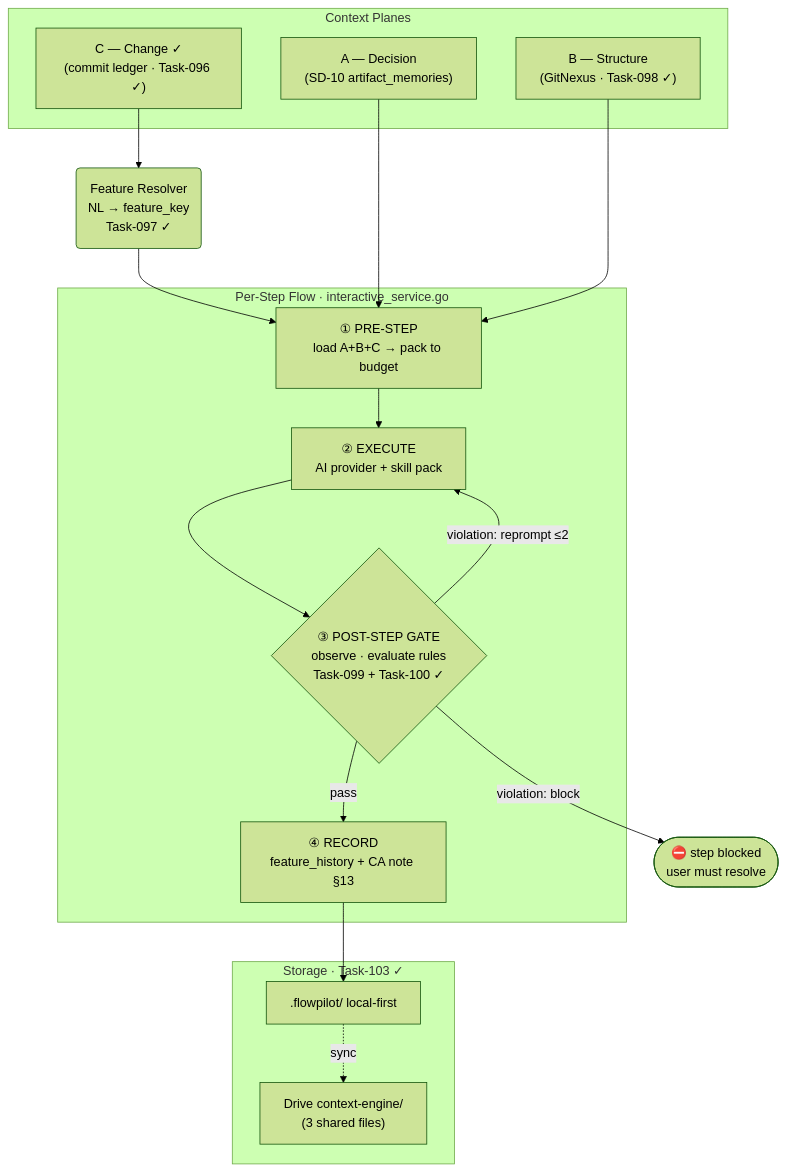
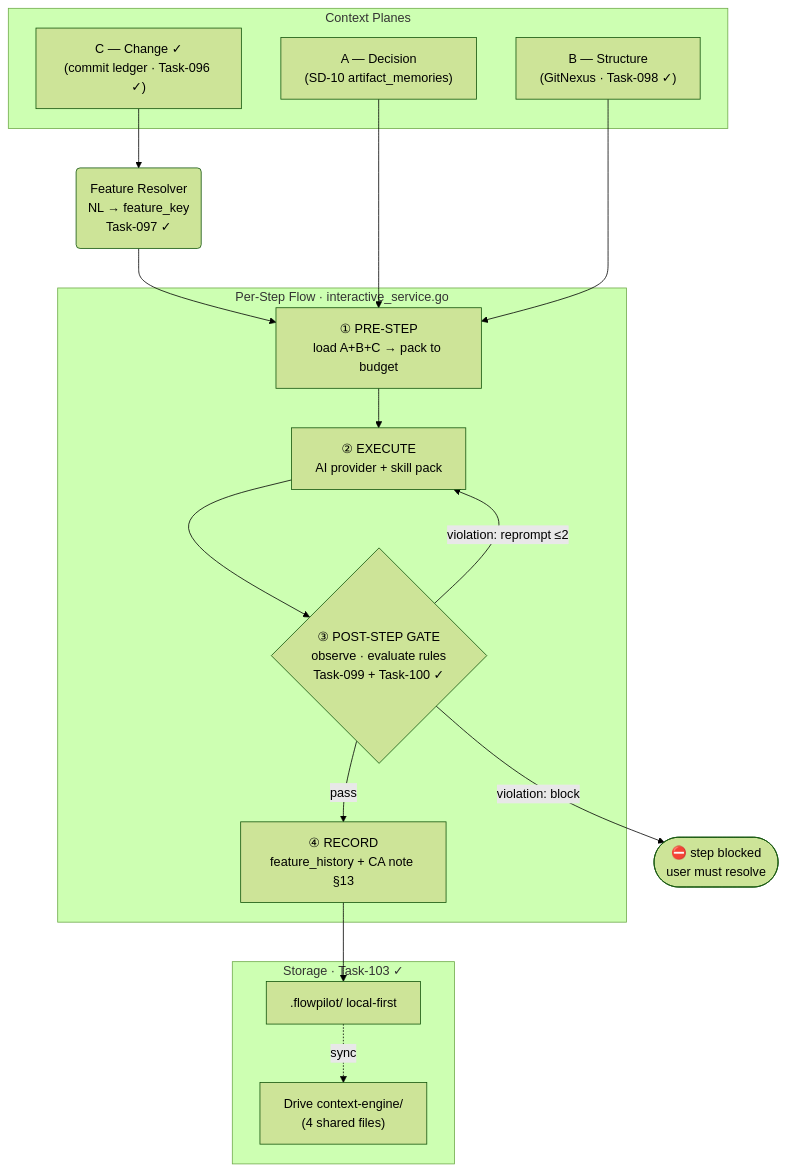
One commit to dattien96/flowpilot changed the diagram in requirements/06-System-Tech-Design/SD-17-Context-And-Regression-Engine.md. Above: the diagram before and after it, drawn with Mermaid (forest theme). The commit also changed other lines of this file and 7 other files, not shown here.

Commit message:
[Docs][context-regression-engine][docs] CP-37 plan, SD/CA updates, task docs Task-157 Task-161 Task-163

````diff
--- a/requirements/06-System-Tech-Design/SD-17-Context-And-Regression-Engine.md
+++ b/requirements/06-System-Tech-Design/SD-17-Context-And-Regression-Engine.md
@@ -162,37 +164,37 @@
 ```mermaid
 graph TD
     subgraph PLANES["Context Planes"]
         PA["A — Decision\n(SD-10 artifact_memories)"]
         PB["B — Structure\n(GitNexus · Task-098 ✓)"]
         PC["C — Change ✓\n(commit ledger · Task-096 ✓)"]
     end
 
     FR("Feature Resolver\nNL → feature_key\nTask-097 ✓")
 
     subgraph FLOW["Per-Step Flow  ·  interactive_service.go"]
         PRE["① PRE-STEP\nload A+B+C → pack to budget"]
         AI["② EXECUTE\nAI provider + skill pack"]
         GATE{"③ POST-STEP GATE\nobserve · evaluate rules\nTask-099 + Task-100 ✓"}
         REC["④ RECORD\nfeature_history + CA note §13"]
     end
 
     STOP(["⛔ step blocked\nuser must resolve"])
 
     PC --> FR
     FR --> PRE
     PA --> PRE
     PB --> PRE
     PRE --> AI
     AI --> GATE
     GATE -- "violation: reprompt ≤2" --> AI
     GATE -- "pass" --> REC
     GATE -- "violation: block" --> STOP
 
     subgraph STORE["Storage  ·  Task-103 ✓"]
         L[".flowpilot/ local-first"]
-        D["Drive context-engine/\n(3 shared files)"]
+        D["Drive context-engine/\n(4 shared files)"]
     end
 
     REC --> L
     L -. "sync" .-> D
 ```
````
